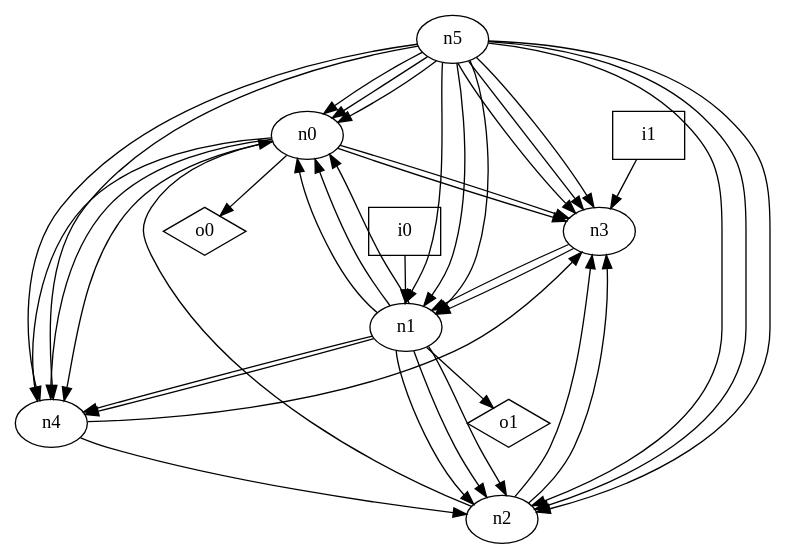
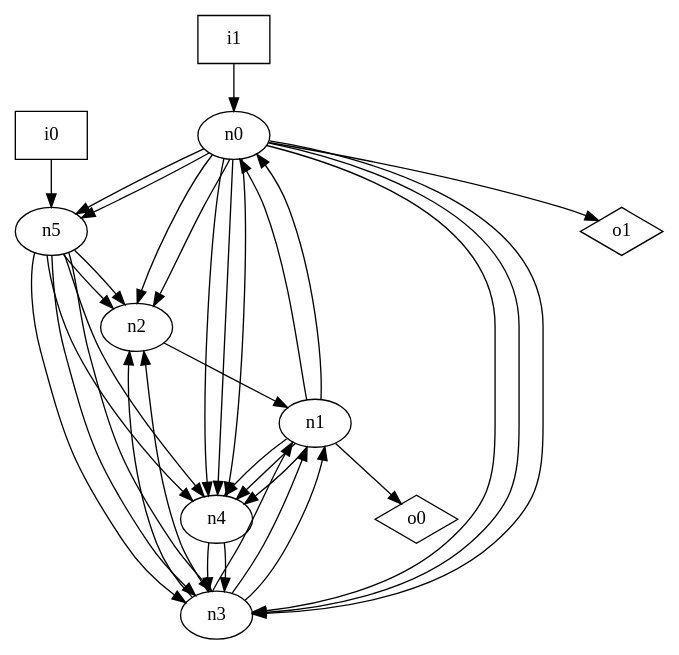
The diagram in dot_files/random/random_oriented_graph.dot (p9romain/bool-circuits), drawn with Graphviz before and after one commit. The commit also changed 30 other files, not shown here.

```diff
--- a/dot_files/random/random_oriented_graph.dot
+++ b/dot_files/random/random_oriented_graph.dot
@@ -1,50 +1,46 @@
 digraph G {
 n0 [label="n0"];
 n1 [label="n1"];
 n2 [label="n2"];
 n3 [label="n3"];
 n4 [label="n4"];
 n5 [label="n5"];
 n6 [label="i0",shape="box"];
 n7 [label="i1",shape="box"];
 n8 [label="o0",shape="diamond"];
 n9 [label="o1",shape="diamond"];
+n0 -> n2
+n0 -> n2
+n0 -> n3
 n0 -> n3
 n0 -> n3
 n0 -> n4
 n0 -> n4
 n0 -> n4
-n0 -> n8
+n0 -> n5
+n0 -> n5
+n0 -> n9
 n1 -> n0
 n1 -> n0
-n1 -> n0
-n1 -> n2
-n1 -> n2
-n1 -> n2
 n1 -> n4
 n1 -> n4
-n1 -> n9
-n2 -> n0
-n2 -> n3
-n2 -> n3
+n1 -> n4
+n1 -> n8
+n2 -> n1
 n3 -> n1
 n3 -> n1
-n4 -> n2
+n3 -> n1
+n3 -> n2
+n3 -> n2
 n4 -> n3
-n5 -> n0
-n5 -> n0
-n5 -> n0
-n5 -> n1
-n5 -> n1
-n5 -> n1
-n5 -> n2
+n4 -> n3
 n5 -> n2
 n5 -> n2
 n5 -> n3
 n5 -> n3
 n5 -> n3
 n5 -> n4
 n5 -> n4
-n6 -> n1
-n7 -> n3
+n6 -> n5
+n7 -> n0
 }
```
